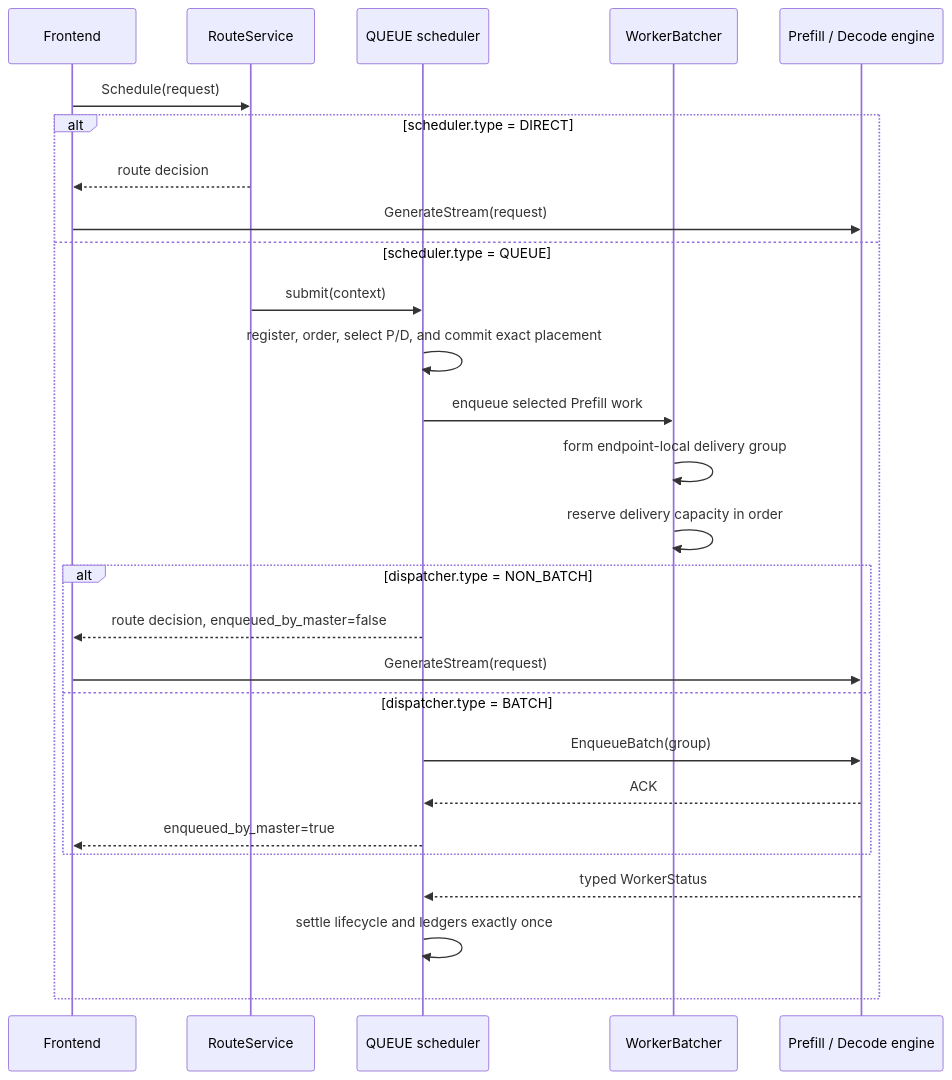
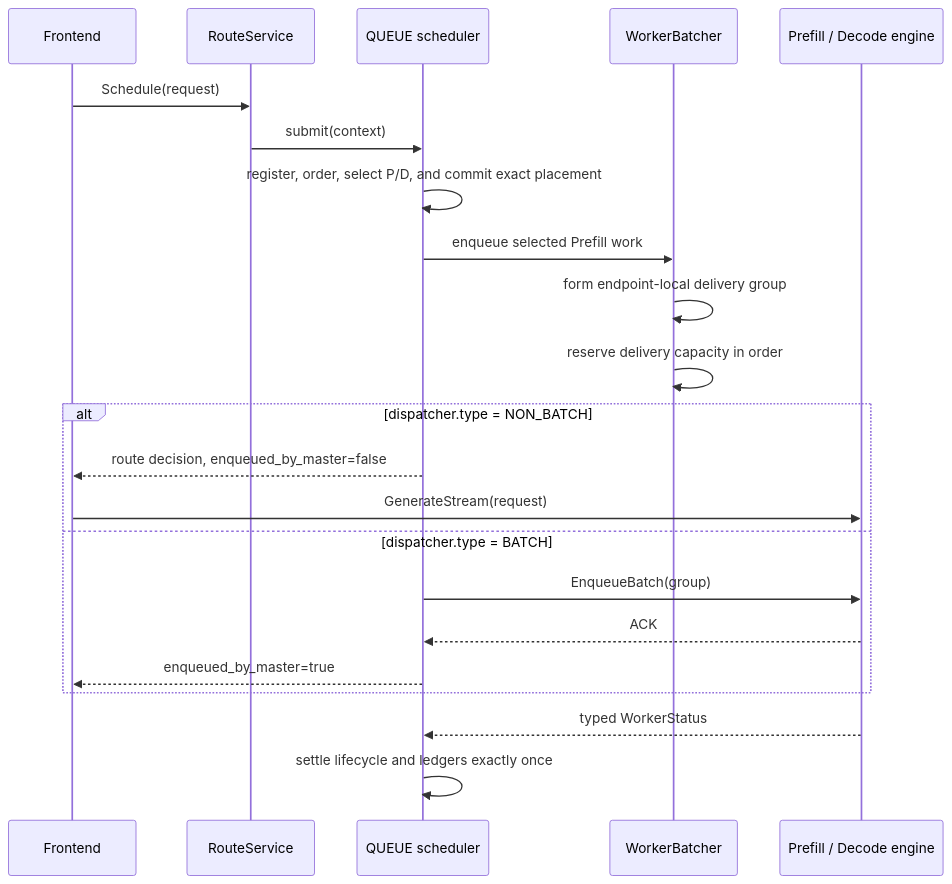
One commit to alibaba/rtp-llm changed the second of 2 diagrams in rtp_llm/flexlb/docs/priority-scheduler-delivery-modes.md. Above: the diagram before and after it, drawn with Mermaid. The commit also changed other lines of this file and 78 other files, not shown here.

First line of the commit message:
refactor(flexlb): remove DIRECT scheduler mode

````diff
--- a/rtp_llm/flexlb/docs/priority-scheduler-delivery-modes.md
+++ b/rtp_llm/flexlb/docs/priority-scheduler-delivery-modes.md
@@ -76,30 +72,25 @@
 ```mermaid
 sequenceDiagram
     participant F as Frontend
     participant R as RouteService
     participant S as QUEUE scheduler
     participant W as WorkerBatcher
     participant E as Prefill / Decode engine
 
     F->>R: Schedule(request)
-    alt scheduler.type = DIRECT
-        R-->>F: route decision
+    R->>S: submit(context)
+    S->>S: register, order, select P/D, and commit exact placement
+    S->>W: enqueue selected Prefill work
+    W->>W: form endpoint-local delivery group
+    W->>W: reserve delivery capacity in order
+    alt dispatcher.type = NON_BATCH
+        S-->>F: route decision, enqueued_by_master=false
         F->>E: GenerateStream(request)
-    else scheduler.type = QUEUE
-        R->>S: submit(context)
-        S->>S: register, order, select P/D, and commit exact placement
-        S->>W: enqueue selected Prefill work
-        W->>W: form endpoint-local delivery group
-        W->>W: reserve delivery capacity in order
-        alt dispatcher.type = NON_BATCH
-            S-->>F: route decision, enqueued_by_master=false
-            F->>E: GenerateStream(request)
-        else dispatcher.type = BATCH
-            S->>E: EnqueueBatch(group)
-            E-->>S: ACK
-            S-->>F: enqueued_by_master=true
-        end
-        E-->>S: typed WorkerStatus
-        S->>S: settle lifecycle and ledgers exactly once
+    else dispatcher.type = BATCH
+        S->>E: EnqueueBatch(group)
+        E-->>S: ACK
+        S-->>F: enqueued_by_master=true
     end
+    E-->>S: typed WorkerStatus
+    S->>S: settle lifecycle and ledgers exactly once
 ```
````
